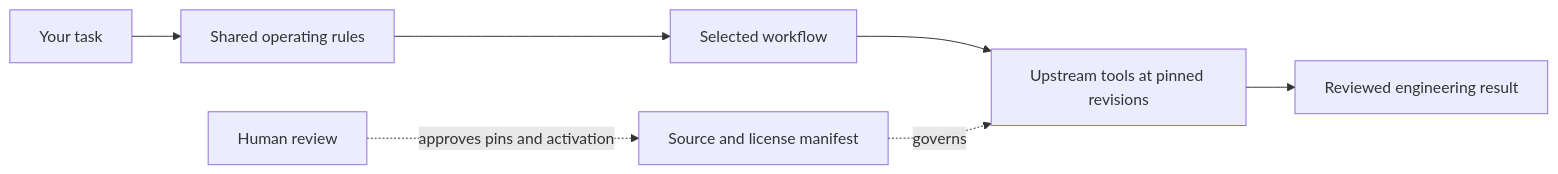
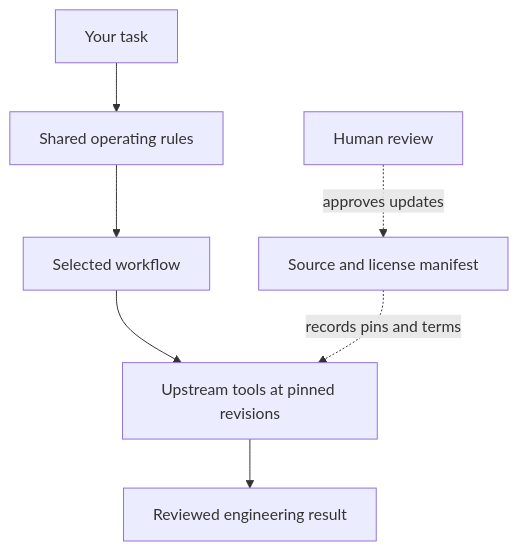
Before and after one commit to mehulpratapsing/agent-foundry: the diagram in README.md, drawn with Mermaid. The commit also changed other lines of this file, not shown here.

````diff
--- a/README.md
+++ b/README.md
@@ -27,9 +27,9 @@
 ```mermaid
-flowchart LR
+flowchart TD
     You[Your task] --> Rules[Shared operating rules]
     Rules --> Flow[Selected workflow]
     Flow --> Tools[Upstream tools at pinned revisions]
     Tools --> Result[Reviewed engineering result]
-    Catalog[Source and license manifest] -. governs .-> Tools
-    Human[Human review] -. approves pins and activation .-> Catalog
+    Catalog[Source and license manifest] -. records pins and terms .-> Tools
+    Human[Human review] -. approves updates .-> Catalog
 ```
````
